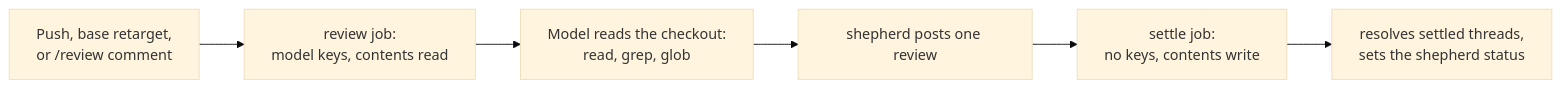
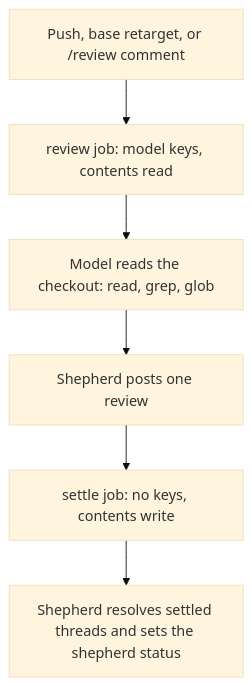
One commit to jagreehal/shepherd changed the diagram in docs/src/content/docs/integrations/github-actions.md. Above: the diagram before and after it, drawn with Mermaid (base theme). The commit also changed other lines of this file and 41 other files, not shown here.

````diff
--- a/docs/src/content/docs/integrations/github-actions.md
+++ b/docs/src/content/docs/integrations/github-actions.md
@@ -21,8 +76,8 @@
 ```mermaid
-flowchart LR
-    E[Push, base retarget,<br/>or /review comment] --> R[review job:<br/>model keys, contents read]
-    R --> M[Model reads the checkout:<br/>read, grep, glob]
-    M --> W[shepherd posts one review]
-    W --> S[settle job:<br/>no keys, contents write]
-    S --> C[resolves settled threads,<br/>sets the shepherd status]
+flowchart TD
+    E[Push, base retarget, or /review comment] --> R[review job: model keys, contents read]
+    R --> M[Model reads the checkout: read, grep, glob]
+    M --> W[Shepherd posts one review]
+    W --> S[settle job: no keys, contents write]
+    S --> C[Shepherd resolves settled threads and sets the shepherd status]
 ```
````
